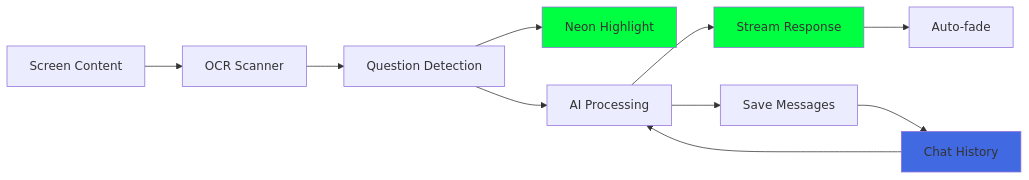
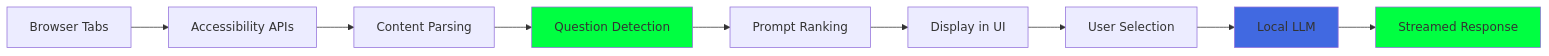
Before and after one commit to yeager620/savant-ai: the first of 2 diagrams in README.md, drawn with Mermaid. The commit also changed other lines of this file and 16 other files, not shown here.

````diff
--- a/README.md
+++ b/README.md
@@ -39,17 +33,15 @@
 ```mermaid
 graph LR
-    A[Screen Content] --> B[OCR Scanner]
-    B --> C[Question Detection]
-    C --> D[Neon Highlight]
-    C --> E[AI Processing]
-    E --> F[Stream Response]
-    F --> G[Auto-fade]
-    
-    H[Chat History] --> E
-    E --> I[Save Messages]
-    I --> H
+    A[Browser Tabs] --> B[Accessibility APIs]
+    B --> C[Content Parsing]
+    C --> D[Question Detection]
+    D --> E[Prompt Ranking]
+    E --> F[Display in UI]
+    F --> G[User Selection]
+    G --> H[Local LLM]
+    H --> I[Streamed Response]
     
     style D fill:#00ff41
-    style F fill:#00ff41
     style H fill:#4169e1
+    style I fill:#00ff41
 ```
````
